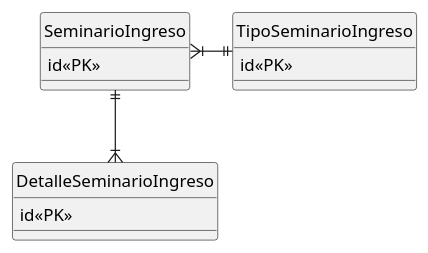
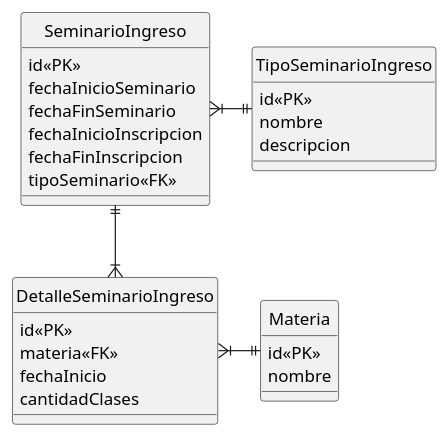
One commit to Medina-LisandroUTN/Sistema-Academico-2025 changed the diagram in Ingreso.puml. Above: the diagram before and after it, drawn with PlantUML. The commit also changed 1 other file, not shown here.

Commit message:
Actualizados los diagramas con sus atributos y relaciones

```diff
--- a/Ingreso.puml
+++ b/Ingreso.puml
@@ -1,19 +1,36 @@
 @startuml SeminarioIngreso
 hide circle
 
 entity SeminarioIngreso {
     id<<PK>>
+    fechaInicioSeminario
+    fechaFinSeminario
+    fechaInicioInscripcion
+    fechaFinInscripcion
+    tipoSeminario<<FK>>
 }
 
 entity DetalleSeminarioIngreso {
     id<<PK>>
+    materia<<FK>>
+    fechaInicio
+    cantidadClases
 }
 
 entity TipoSeminarioIngreso {
     id<<PK>>
+    nombre
+    descripcion
+}
+
+entity Materia {
+    id<<PK>>
+    nombre
 }
 
 SeminarioIngreso ||--|{ DetalleSeminarioIngreso
 SeminarioIngreso }|-r-|| TipoSeminarioIngreso
 
+DetalleSeminarioIngreso }|-r-|| Materia
+
 @enduml
```
